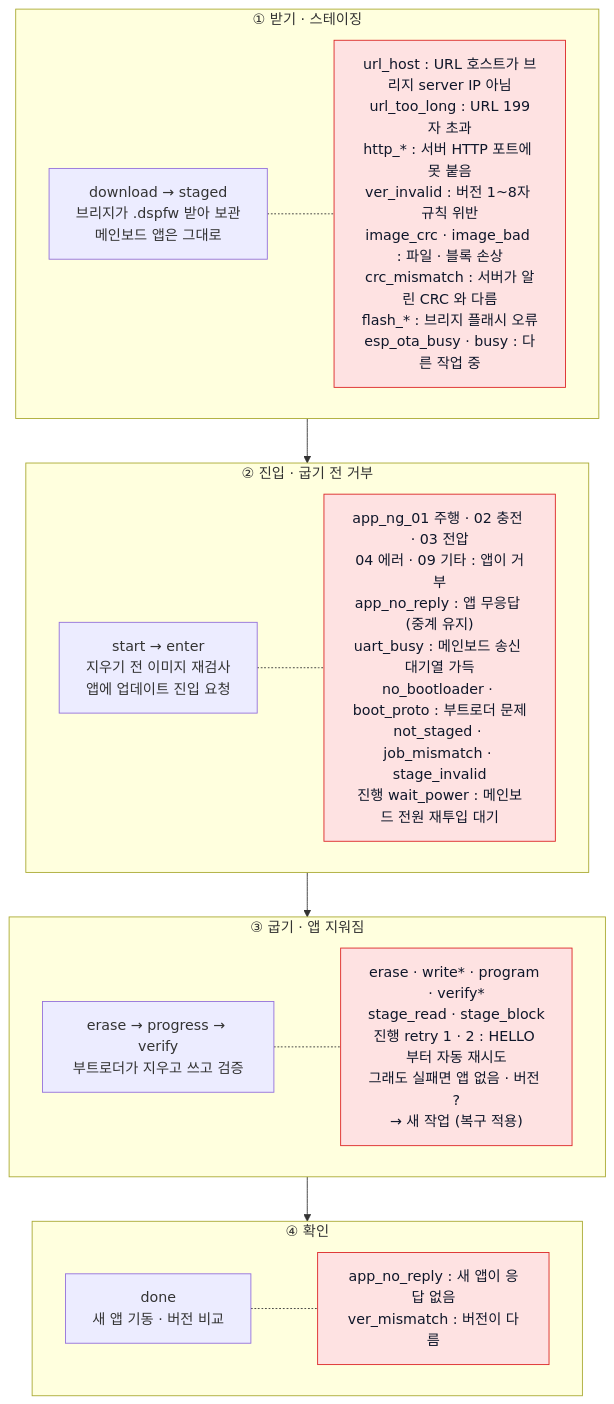
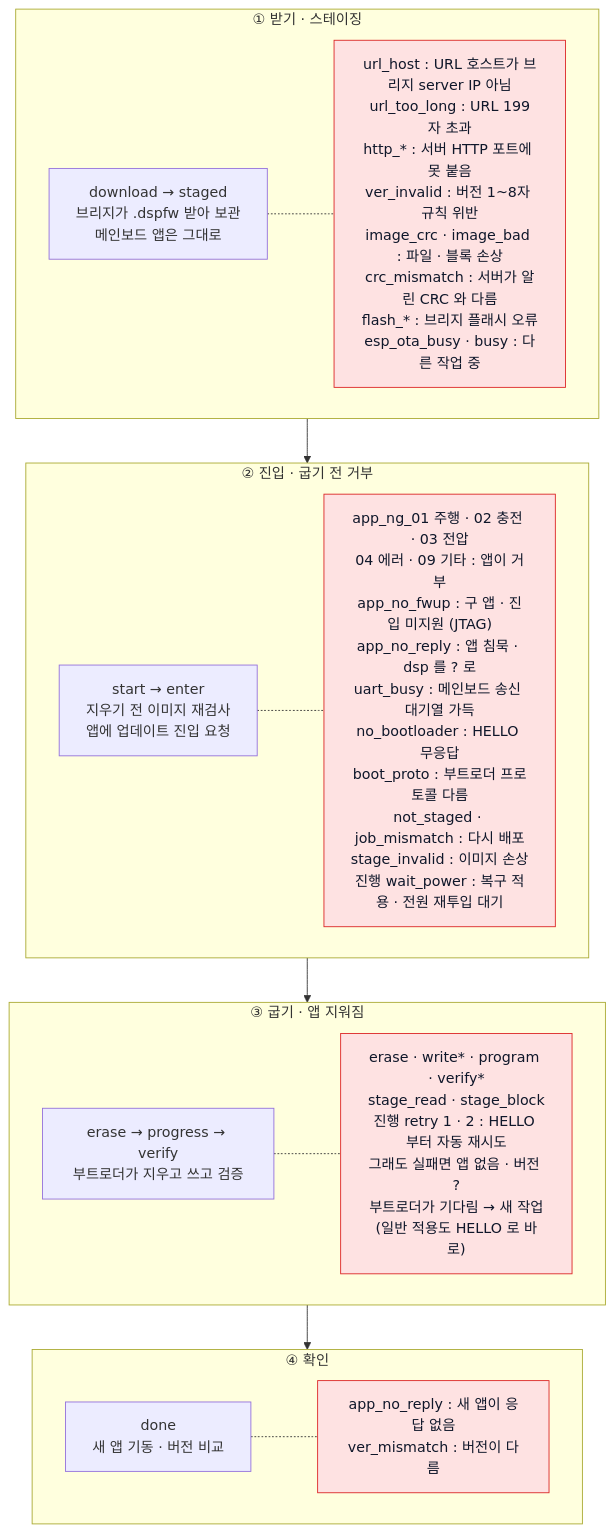
One commit to Leepy0/AGV_FOTA_GATEWAY changed the diagram in docs/diagrams/mainboard-ota-errors.mmd. Above: the diagram before and after it, drawn with Mermaid. The commit also changed 28 other files, not shown here.

```diff
--- a/docs/diagrams/mainboard-ota-errors.mmd
+++ b/docs/diagrams/mainboard-ota-errors.mmd
@@ -1,20 +1,20 @@
 flowchart TD
   subgraph R1["① 받기 · 스테이징"]
     direction LR
     D["download → staged<br/>브리지가 .dspfw 받아 보관<br/>메인보드 앱은 그대로"] -.- e1["url_host : URL 호스트가 브리지 server IP 아님<br/>url_too_long : URL 199자 초과<br/>http_* : 서버 HTTP 포트에 못 붙음<br/>ver_invalid : 버전 1~8자 규칙 위반<br/>image_crc · image_bad : 파일 · 블록 손상<br/>crc_mismatch : 서버가 알린 CRC 와 다름<br/>flash_* : 브리지 플래시 오류<br/>esp_ota_busy · busy : 다른 작업 중"]
   end
   subgraph R2["② 진입 · 굽기 전 거부"]
     direction LR
-    N["start → enter<br/>지우기 전 이미지 재검사<br/>앱에 업데이트 진입 요청"] -.- e2["app_ng_01 주행 · 02 충전 · 03 전압<br/>04 에러 · 09 기타 : 앱이 거부<br/>app_no_reply : 앱 무응답 (중계 유지)<br/>uart_busy : 메인보드 송신 대기열 가득<br/>no_bootloader · boot_proto : 부트로더 문제<br/>not_staged · job_mismatch · stage_invalid<br/>진행 wait_power : 메인보드 전원 재투입 대기"]
+    N["start → enter<br/>지우기 전 이미지 재검사<br/>앱에 업데이트 진입 요청"] -.- e2["app_ng_01 주행 · 02 충전 · 03 전압<br/>04 에러 · 09 기타 : 앱이 거부<br/>app_no_fwup : 구 앱 · 진입 미지원 (JTAG)<br/>app_no_reply : 앱 침묵 · dsp 를 ? 로<br/>uart_busy : 메인보드 송신 대기열 가득<br/>no_bootloader : HELLO 무응답<br/>boot_proto : 부트로더 프로토콜 다름<br/>not_staged · job_mismatch : 다시 배포<br/>stage_invalid : 이미지 손상<br/>진행 wait_power : 복구 적용 · 전원 재투입 대기"]
   end
   subgraph R3["③ 굽기 · 앱 지워짐"]
     direction LR
-    W["erase → progress → verify<br/>부트로더가 지우고 쓰고 검증"] -.- e3["erase · write* · program · verify*<br/>stage_read · stage_block<br/>진행 retry 1 · 2 : HELLO 부터 자동 재시도<br/>그래도 실패면 앱 없음 · 버전 ?<br/>→ 새 작업 (복구 적용)"]
+    W["erase → progress → verify<br/>부트로더가 지우고 쓰고 검증"] -.- e3["erase · write* · program · verify*<br/>stage_read · stage_block<br/>진행 retry 1 · 2 : HELLO 부터 자동 재시도<br/>그래도 실패면 앱 없음 · 버전 ?<br/>부트로더가 기다림 → 새 작업<br/>(일반 적용도 HELLO 로 바로)"]
   end
   subgraph R4["④ 확인"]
     direction LR
     K["done<br/>새 앱 기동 · 버전 비교"] -.- e4["app_no_reply : 새 앱이 응답 없음<br/>ver_mismatch : 버전이 다름"]
   end
   R1 --> R2 --> R3 --> R4
   classDef err fill:#fee2e2,stroke:#dc2626,color:#0f172a
   class e1,e2,e3,e4 err
```
